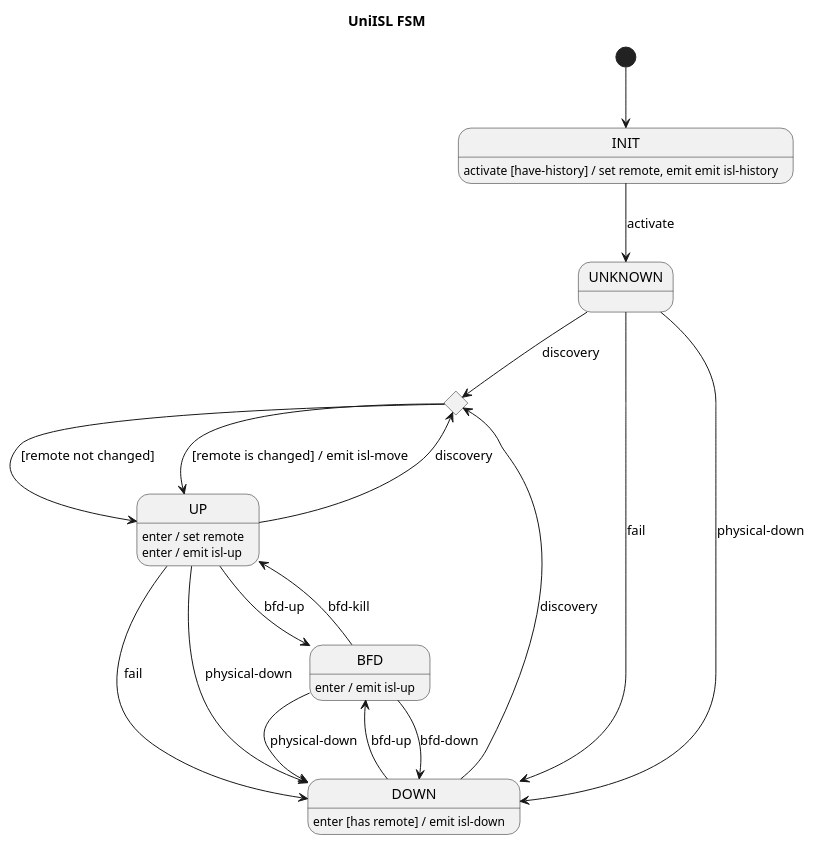
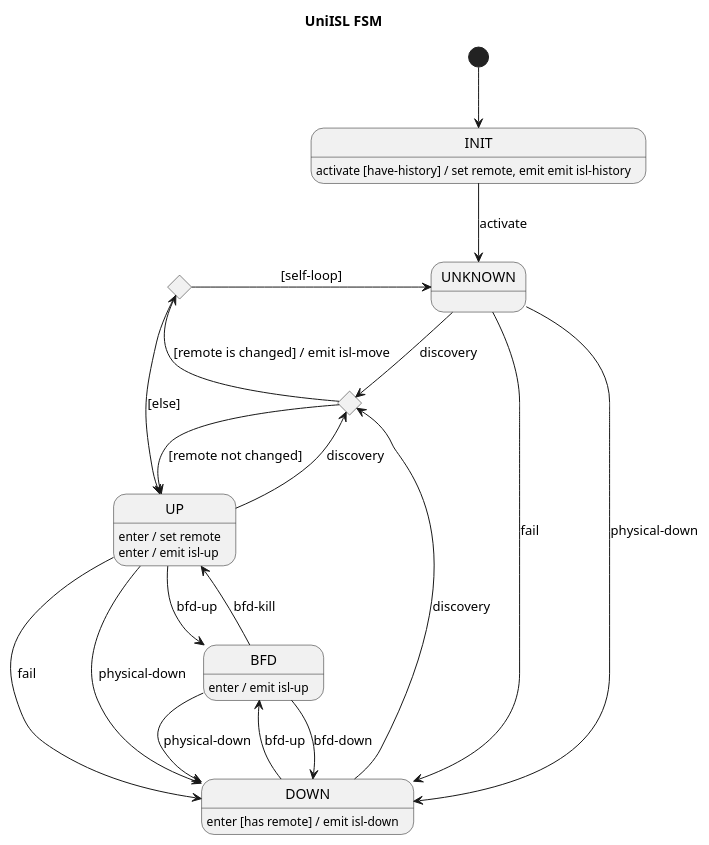
The diagram in docs/design/network-discovery/uni-isl-FSM.puml (telstra/open-kilda), drawn with PlantUML before and after one commit. The commit also changed 4 other files, not shown here.

First line of the commit message:
Detect and handle self looped ISL

```diff
--- a/docs/design/network-discovery/uni-isl-FSM.puml
+++ b/docs/design/network-discovery/uni-isl-FSM.puml
@@ -21,34 +21,39 @@
 @startuml
 title UniISL FSM
 
 [*] --> INIT
 
 INIT --> UNKNOWN : activate
 INIT : activate [have-history] / set remote, emit emit isl-history
 
 state moveChoice <<choice>>
 
 UNKNOWN --> moveChoice : discovery
 UNKNOWN --> DOWN : fail
 UNKNOWN --> DOWN : physical-down
 
 UP --> moveChoice : discovery
 UP --> DOWN : fail
 UP --> DOWN : physical-down
 UP --> BFD : bfd-up
 UP : enter / set remote
 UP : enter / emit isl-up
 
+state selfLoopChoice <<choice>>
+
 moveChoice --> UP : [remote not changed]
-moveChoice --> UP : [remote is changed] / emit isl-move
+moveChoice --> selfLoopChoice : [remote is changed] / emit isl-move
+
+selfLoopChoice --> UP : [else]
+selfLoopChoice -r-> UNKNOWN : [self-loop]
 
 DOWN --> moveChoice : discovery
 DOWN --> BFD : bfd-up
 DOWN : enter [has remote] / emit isl-down
 
 BFD --> DOWN : physical-down
 BFD --> DOWN : bfd-down
 BFD --> UP : bfd-kill
 BFD : enter / emit isl-up
 
 @enduml
```
